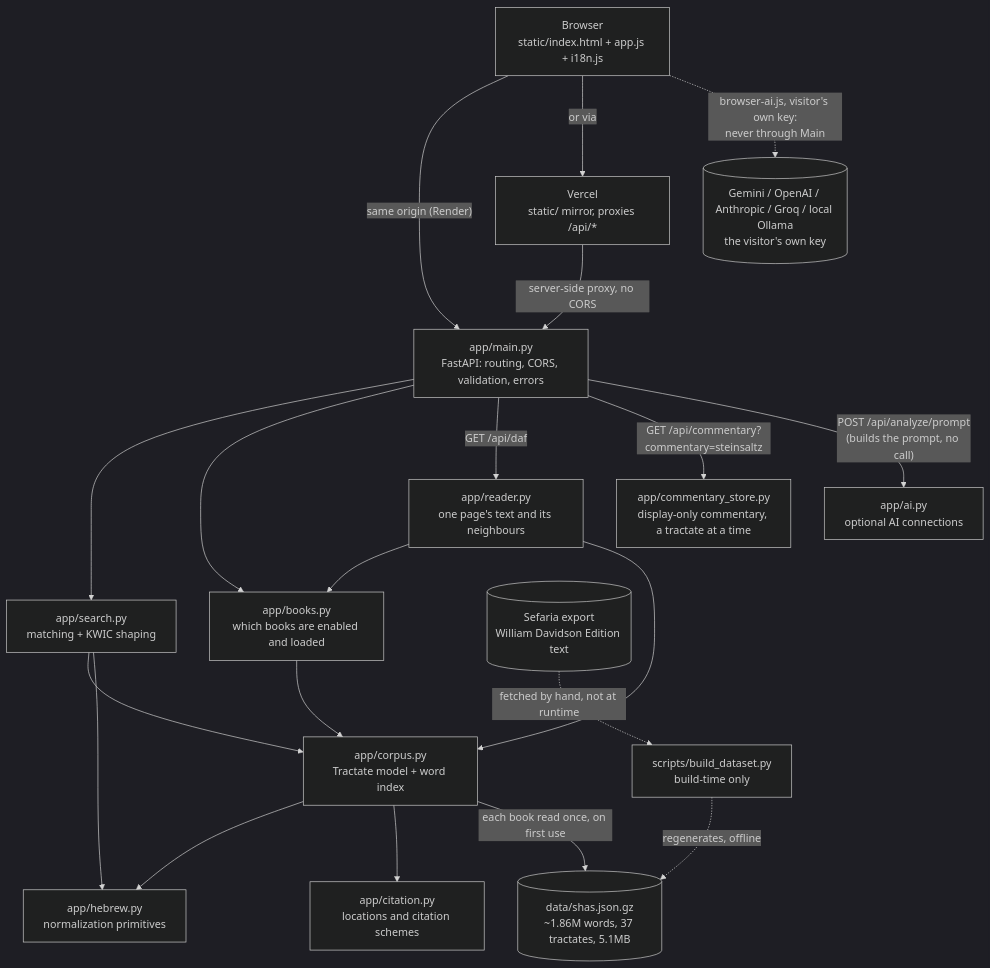
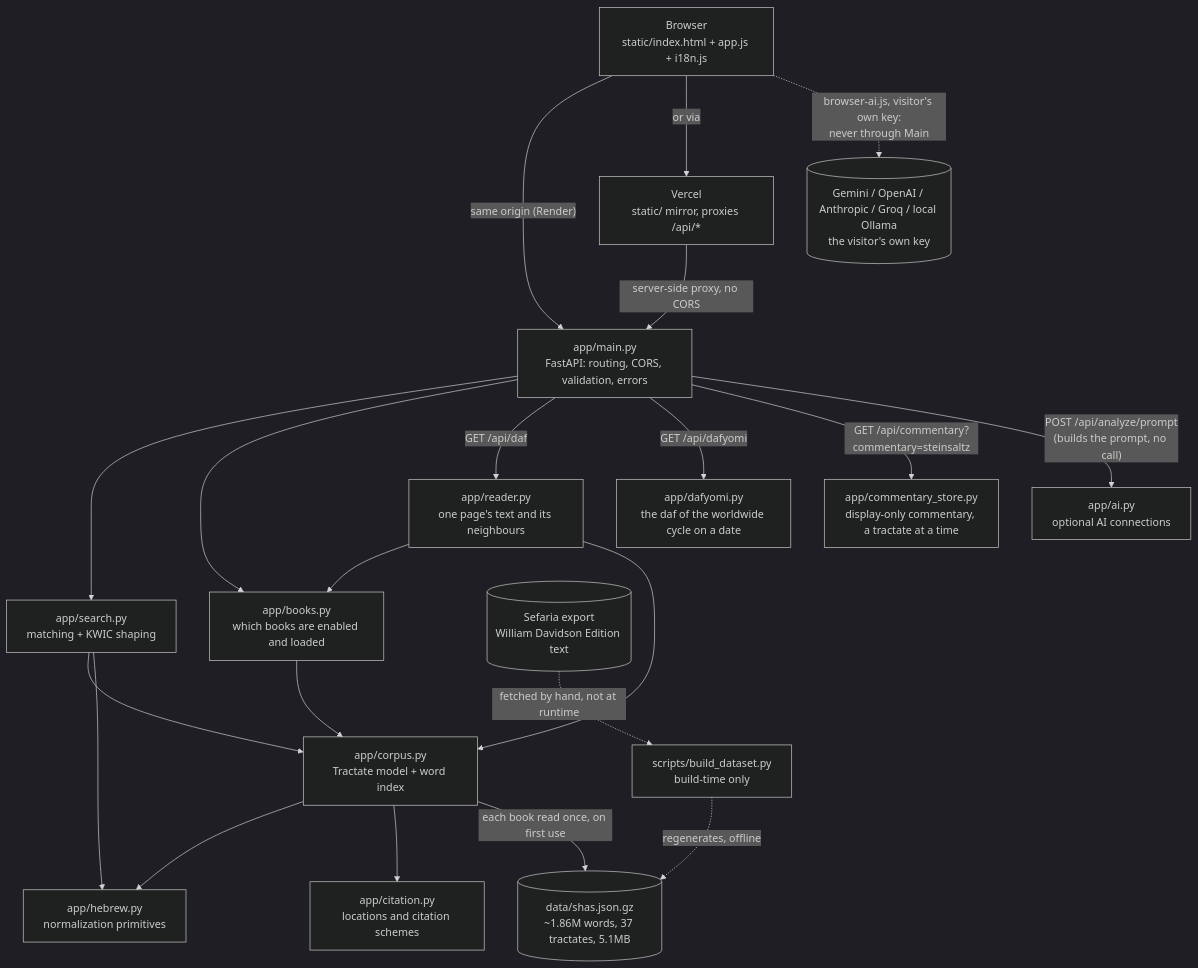
One commit to joka-7/shas-radar changed the first of 2 diagrams in docs/HLD.md. Above: the diagram before and after it, drawn with Mermaid (dark theme). The commit also changed 9 other files, not shown here.

First line of the commit message:
feat(dafyomi): add a Daf Yomi calendar tab

````diff
--- a/docs/HLD.md
+++ b/docs/HLD.md
@@ -51,38 +51,40 @@
 ```mermaid
 flowchart TD
     Browser["Browser<br/>static/index.html + app.js + i18n.js"]
     Vercel["Vercel<br/>static/ mirror, proxies /api/*"]
     Main["app/main.py<br/>FastAPI: routing, CORS, validation, errors"]
     Search["app/search.py<br/>matching + KWIC shaping"]
     Books["app/books.py<br/>which books are enabled and loaded"]
     Reader["app/reader.py<br/>one page's text and its neighbours"]
+    DafYomi["app/dafyomi.py<br/>the daf of the worldwide cycle on a date"]
     Store["app/commentary_store.py<br/>display-only commentary, a tractate at a time"]
     Citation["app/citation.py<br/>locations and citation schemes"]
     Corpus["app/corpus.py<br/>Tractate model + word index"]
     Hebrew["app/hebrew.py<br/>normalization primitives"]
     AI["app/ai.py<br/>optional AI connections"]
     Data[("data/shas.json.gz<br/>~1.86M words, 37 tractates, 5.1MB")]
     Build["scripts/build_dataset.py<br/>build-time only"]
     Sefaria[("Sefaria export<br/>William Davidson Edition text")]
     Vendor[("Gemini / OpenAI / Anthropic / Groq / local Ollama<br/>the visitor's own key")]
 
     Browser -->|"same origin (Render)"| Main
     Browser -->|"or via"| Vercel
     Vercel -->|"server-side proxy, no CORS"| Main
     Main --> Search
     Main --> Books
     Main -->|"GET /api/daf"| Reader
+    Main -->|"GET /api/dafyomi"| DafYomi
     Reader --> Books
     Reader --> Corpus
     Main -->|"GET /api/commentary?commentary=steinsaltz"| Store
     Books --> Corpus
     Main -->|"POST /api/analyze/prompt<br/>(builds the prompt, no call)"| AI
     Search --> Corpus
     Search --> Hebrew
     Corpus --> Hebrew
     Corpus --> Citation
     Corpus -->|"each book read once, on first use"| Data
     Browser -.->|"browser-ai.js, visitor's own key:<br/>never through Main"| Vendor
     Build -.->|"regenerates, offline"| Data
     Sefaria -.->|"fetched by hand, not at runtime"| Build
 ```
````
